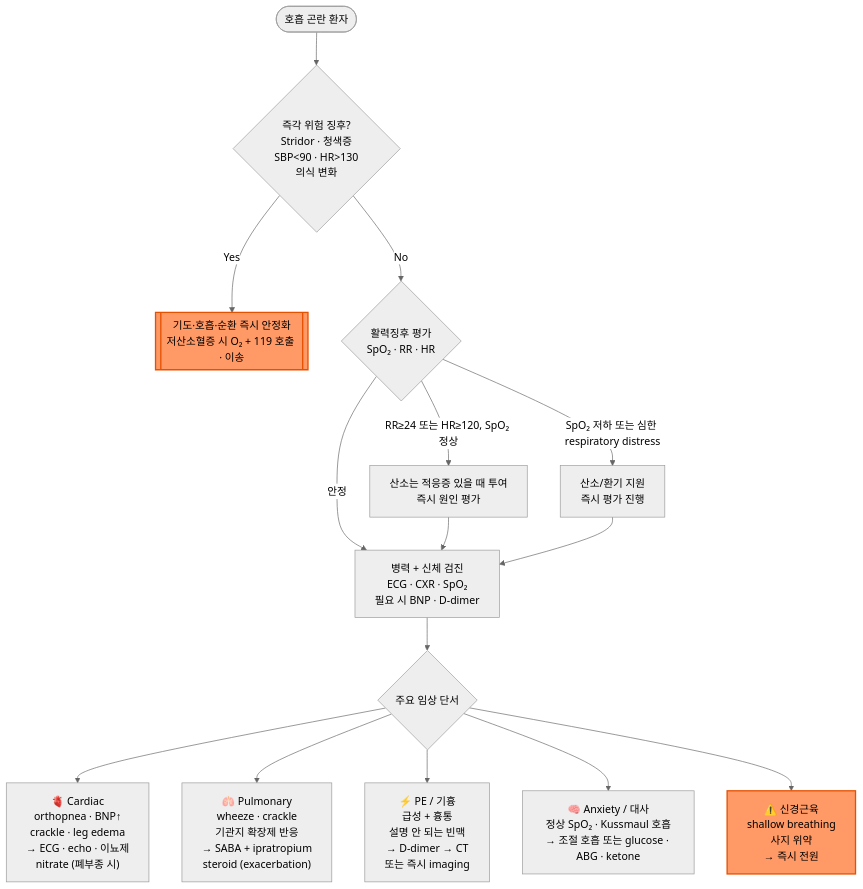
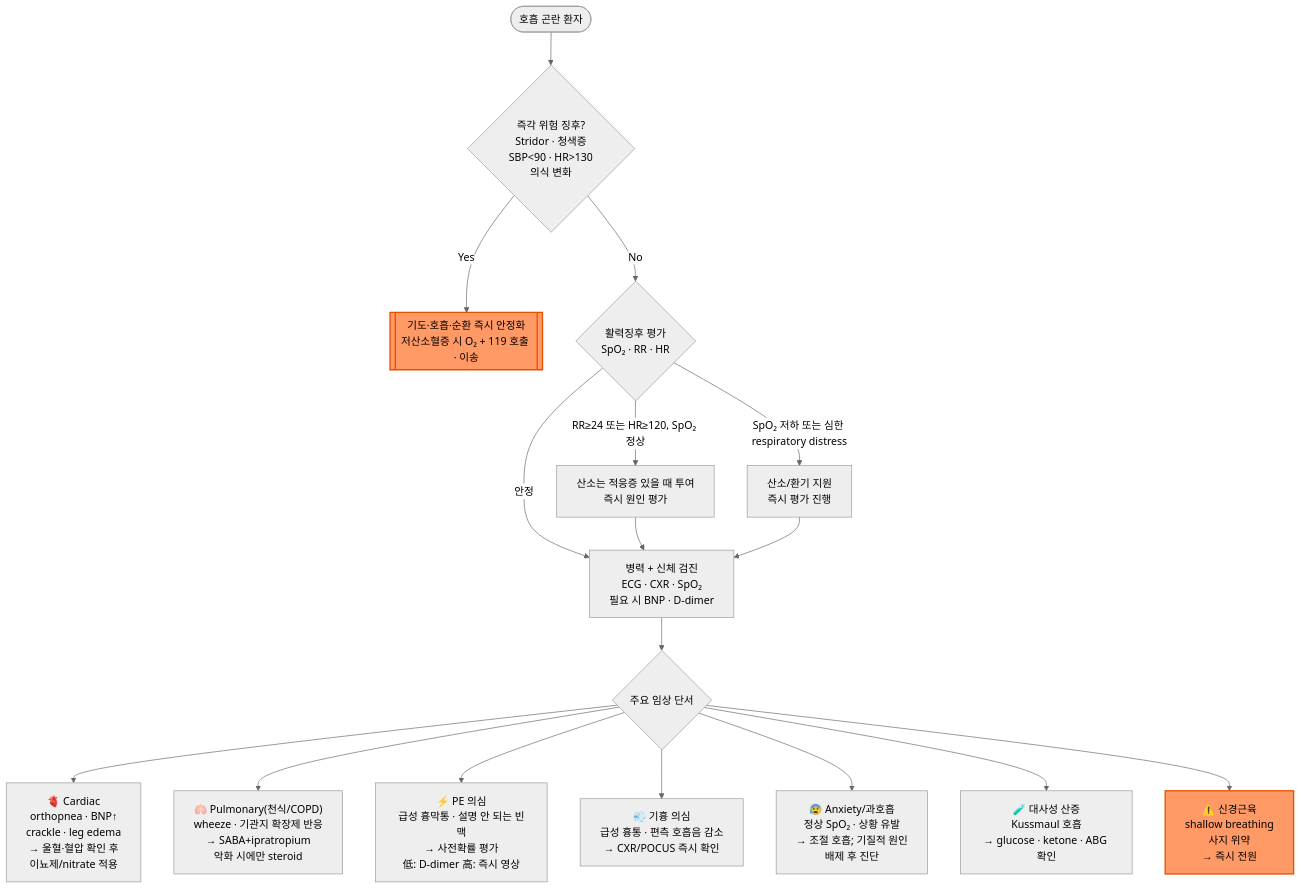
The diagram in 220_/007_-dyspnea.md (familyoh77/familyoh77), drawn with Mermaid (neutral theme) before and after one commit. The commit also changed other lines of this file, not shown here.

````diff
--- a/220_/007_-dyspnea.md
+++ b/220_/007_-dyspnea.md
@@ -185,20 +214,22 @@
 ```mermaid
 graph TD
     A([호흡 곤란 환자]) --> B{"즉각 위험 징후?<br/>Stridor · 청색증<br/>SBP<90 · HR>130<br/>의식 변화"}
     B -->|Yes| C[["기도·호흡·순환 즉시 안정화<br/>저산소혈증 시 O₂ + 119 호출 · 이송"]]
     B -->|No| D{"활력징후 평가<br/>SpO₂ · RR · HR"}
     D -->|SpO₂ 저하 또는 심한 respiratory distress| E["산소/환기 지원<br/>즉시 평가 진행"]
     D -->|RR≥24 또는 HR≥120, SpO₂ 정상| M["산소는 적응증 있을 때 투여<br/>즉시 원인 평가"]
     D -->|안정| F["병력 + 신체 검진<br/>ECG · CXR · SpO₂<br/>필요 시 BNP · D-dimer"]
     M --> F
     E --> F
     F --> G{주요 임상 단서}
-    G --> H["🫀 Cardiac<br/>orthopnea · BNP↑<br/>crackle · leg edema<br/>→ ECG · echo · 이뇨제<br/>nitrate (폐부종 시)"]
-    G --> I["🫁 Pulmonary<br/>wheeze · crackle<br/>기관지 확장제 반응<br/>→ SABA + ipratropium<br/>steroid (exacerbation)"]
-    G --> J["⚡ PE / 기흉<br/>급성 + 흉통<br/>설명 안 되는 빈맥<br/>→ D-dimer → CT<br/>또는 즉시 imaging"]
-    G --> K["🧠 Anxiety / 대사<br/>정상 SpO₂ · Kussmaul 호흡<br/>→ 조절 호흡 또는 glucose · ABG · ketone"]
+    G --> H["🫀 Cardiac<br/>orthopnea · BNP↑<br/>crackle · leg edema<br/>→ 울혈·혈압 확인 후<br/>이뇨제/nitrate 적용"]
+    G --> I["🫁 Pulmonary(천식/COPD)<br/>wheeze · 기관지 확장제 반응<br/>→ SABA+ipratropium<br/>악화 시에만 steroid"]
+    G --> J["⚡ PE 의심<br/>급성 흉막통 · 설명 안 되는 빈맥<br/>→ 사전확률 평가<br/>低: D-dimer 高: 즉시 영상"]
+    G --> N["💨 기흉 의심<br/>급성 흉통 · 편측 호흡음 감소<br/>→ CXR/POCUS 즉시 확인"]
+    G --> K1["😰 Anxiety/과호흡<br/>정상 SpO₂ · 상황 유발<br/>→ 조절 호흡; 기질적 원인<br/>배제 후 진단"]
+    G --> K2["🧪 대사성 산증<br/>Kussmaul 호흡<br/>→ glucose · ketone · ABG 확인"]
     G --> L["⚠️ 신경근육<br/>shallow breathing<br/>사지 위약<br/>→ 즉시 전원"]
 
     style C fill:#f96,stroke:#e65100,stroke-width:2px
     style L fill:#f96,stroke:#e65100,stroke-width:2px
 ```
````
